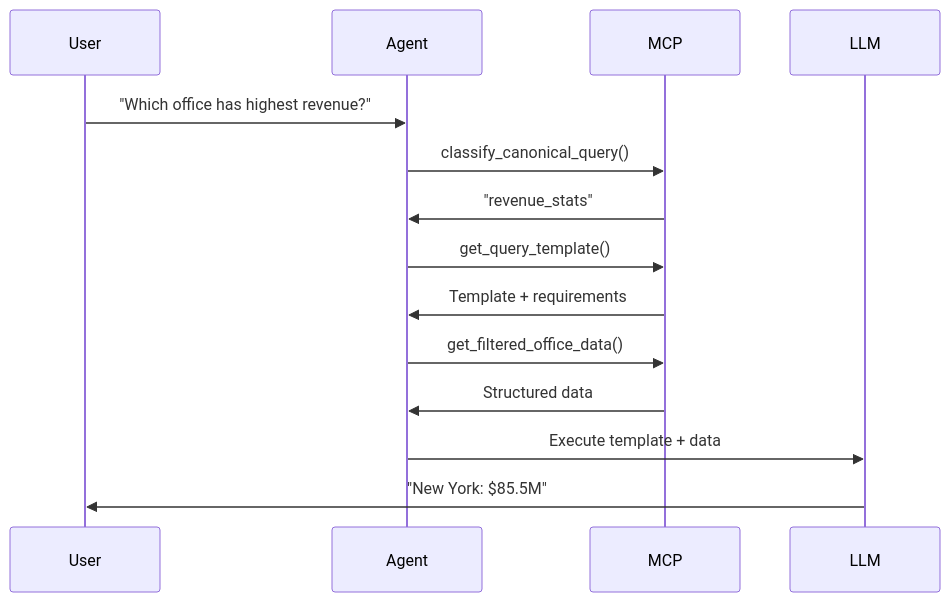
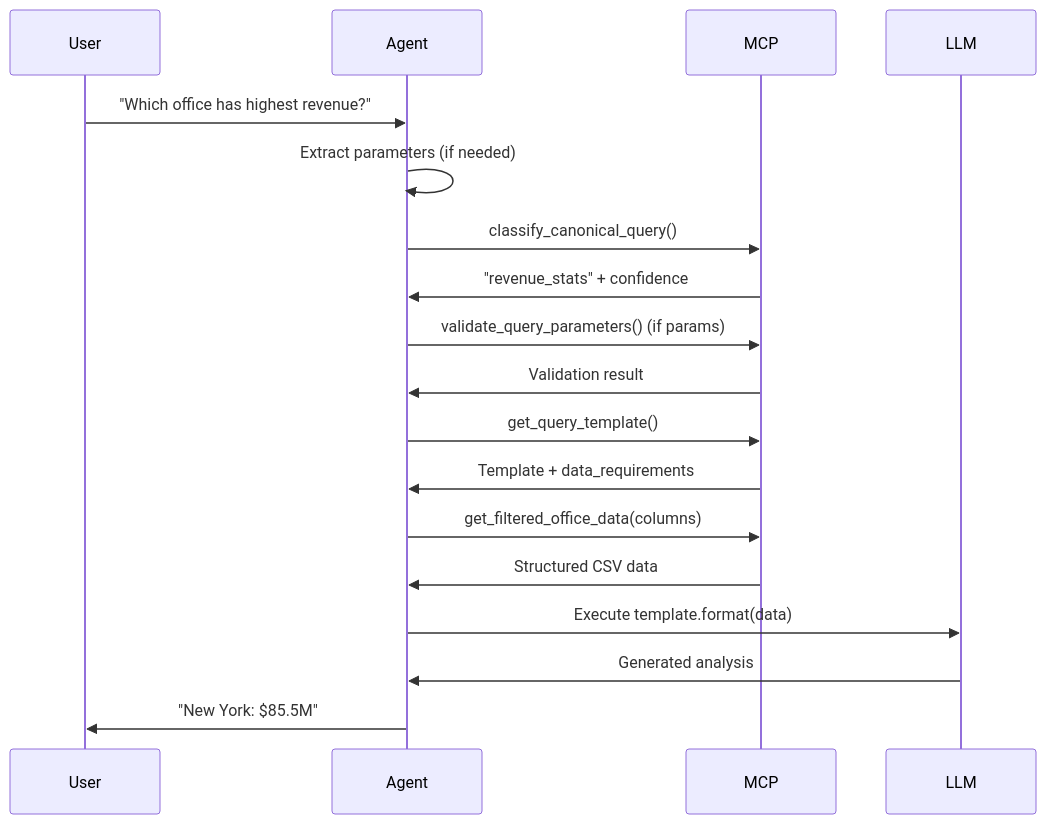
The seventh of 14 diagrams in docs/CANONICAL-QUERY-ARCHITECTURE.md (skillrepos/ai-3in1), drawn with Mermaid before and after one commit. The commit also changed other lines of this file, not shown here.

````diff
--- a/docs/CANONICAL-QUERY-ARCHITECTURE.md
+++ b/docs/CANONICAL-QUERY-ARCHITECTURE.md
@@ -178,17 +202,21 @@
 ```mermaid
 sequenceDiagram
     participant User
     participant Agent
     participant MCP
     participant LLM
 
     User->>Agent: "Which office has highest revenue?"
+    Agent->>Agent: Extract parameters (if needed)
     Agent->>MCP: classify_canonical_query()
-    MCP->>Agent: "revenue_stats"
+    MCP->>Agent: "revenue_stats" + confidence
+    Agent->>MCP: validate_query_parameters() (if params)
+    MCP->>Agent: Validation result
     Agent->>MCP: get_query_template()
-    MCP->>Agent: Template + requirements
-    Agent->>MCP: get_filtered_office_data()
-    MCP->>Agent: Structured data
-    Agent->>LLM: Execute template + data
-    LLM->>User: "New York: $85.5M"
+    MCP->>Agent: Template + data_requirements
+    Agent->>MCP: get_filtered_office_data(columns)
+    MCP->>Agent: Structured CSV data
+    Agent->>LLM: Execute template.format(data)
+    LLM->>Agent: Generated analysis
+    Agent->>User: "New York: $85.5M"
 ```
````
